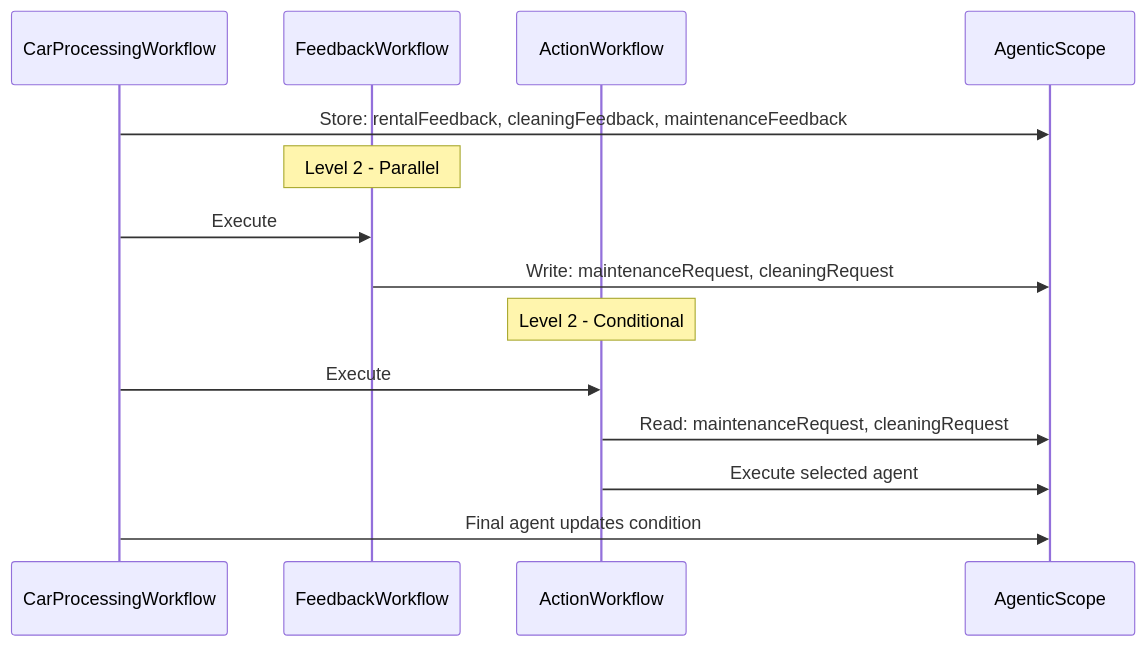
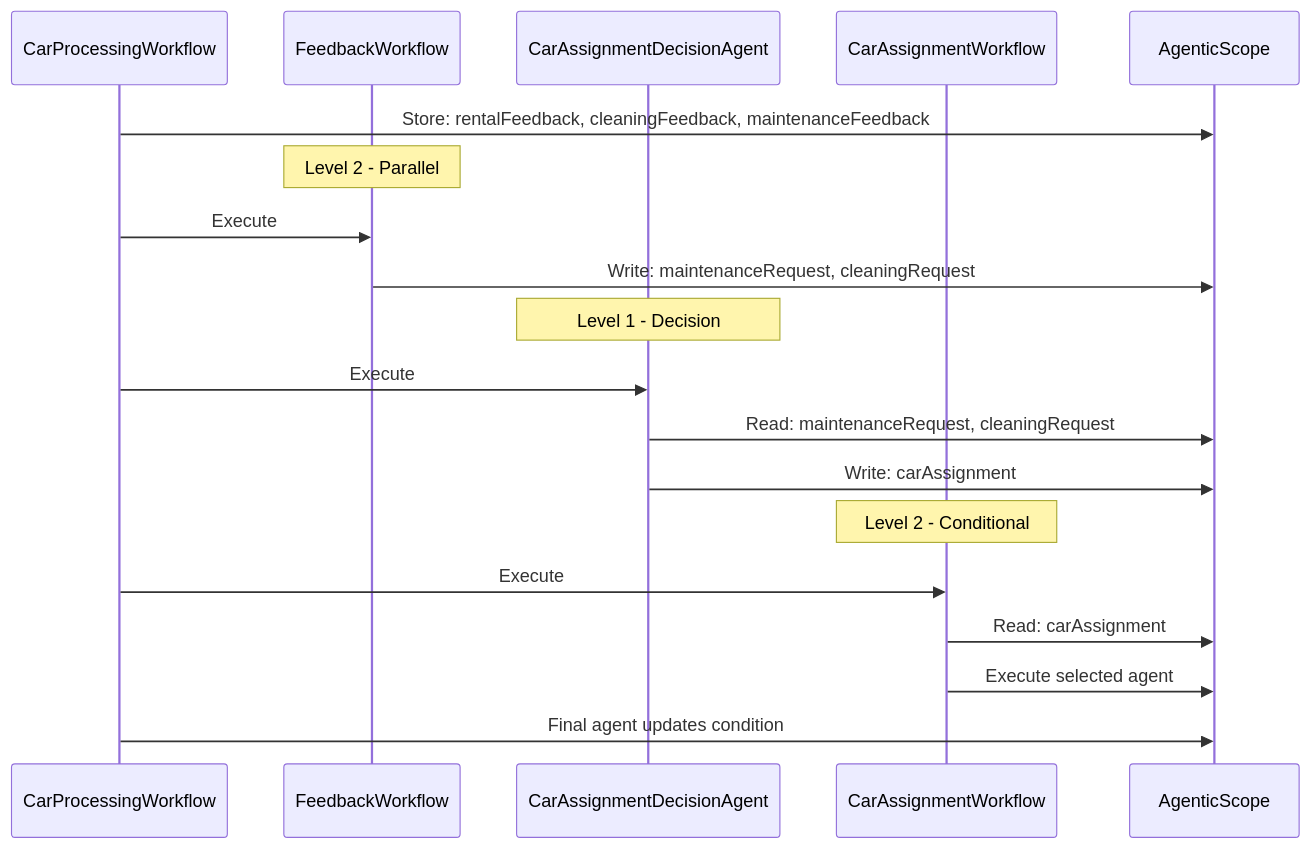
One commit to quarkusio/quarkus-workshop-langchain4j changed the sixth of 6 diagrams in docs/content/section-2/step-03.md. Above: the diagram before and after it, drawn with Mermaid. The commit also changed other lines of this file and 73 other files, not shown here.

````diff
--- a/docs/content/section-2/step-03.md
+++ b/docs/content/section-2/step-03.md
@@ -376,20 +410,26 @@
 ```mermaid
 sequenceDiagram
     participant Main as CarProcessingWorkflow
     participant Feedback as FeedbackWorkflow
-    participant Action as ActionWorkflow
+    participant Decision as CarAssignmentDecisionAgent
+    participant Action as CarAssignmentWorkflow
     participant Scope as AgenticScope
 
     Main->>Scope: Store: rentalFeedback, cleaningFeedback, maintenanceFeedback
     
     Note over Feedback: Level 2 - Parallel
     Main->>Feedback: Execute
     Feedback->>Scope: Write: maintenanceRequest, cleaningRequest
     
+    Note over Decision: Level 1 - Decision
+    Main->>Decision: Execute
+    Decision->>Scope: Read: maintenanceRequest, cleaningRequest
+    Decision->>Scope: Write: carAssignment
+    
     Note over Action: Level 2 - Conditional
     Main->>Action: Execute
-    Action->>Scope: Read: maintenanceRequest, cleaningRequest
+    Action->>Scope: Read: carAssignment
     Action->>Scope: Execute selected agent
     
     Main->>Scope: Final agent updates condition
 ```
````
